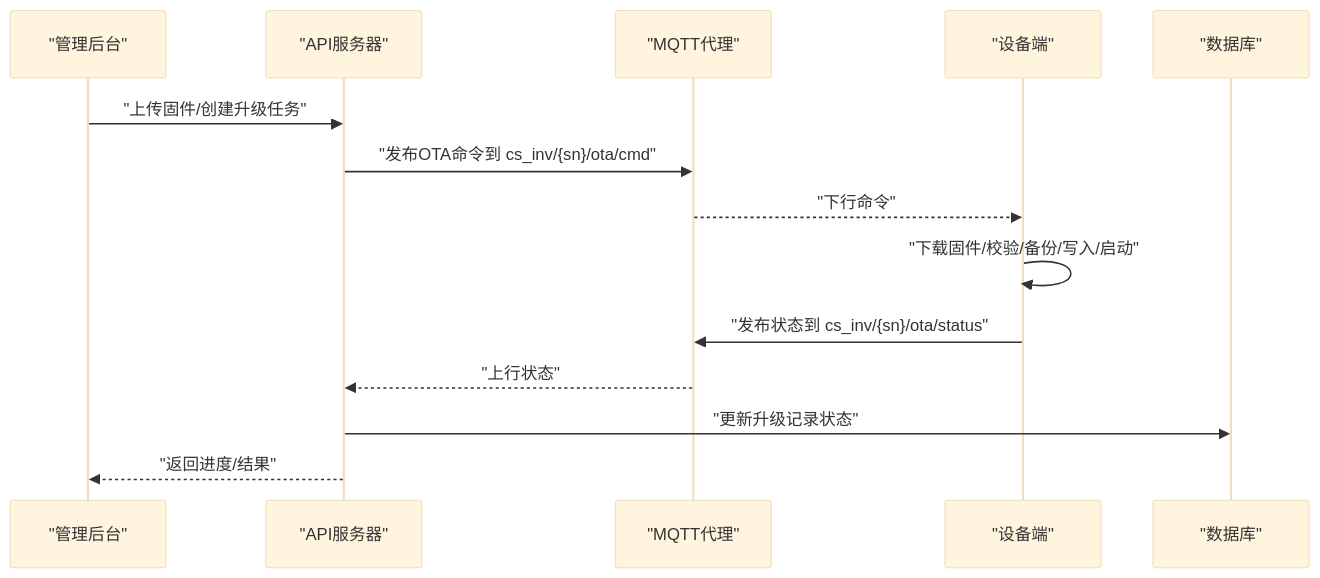
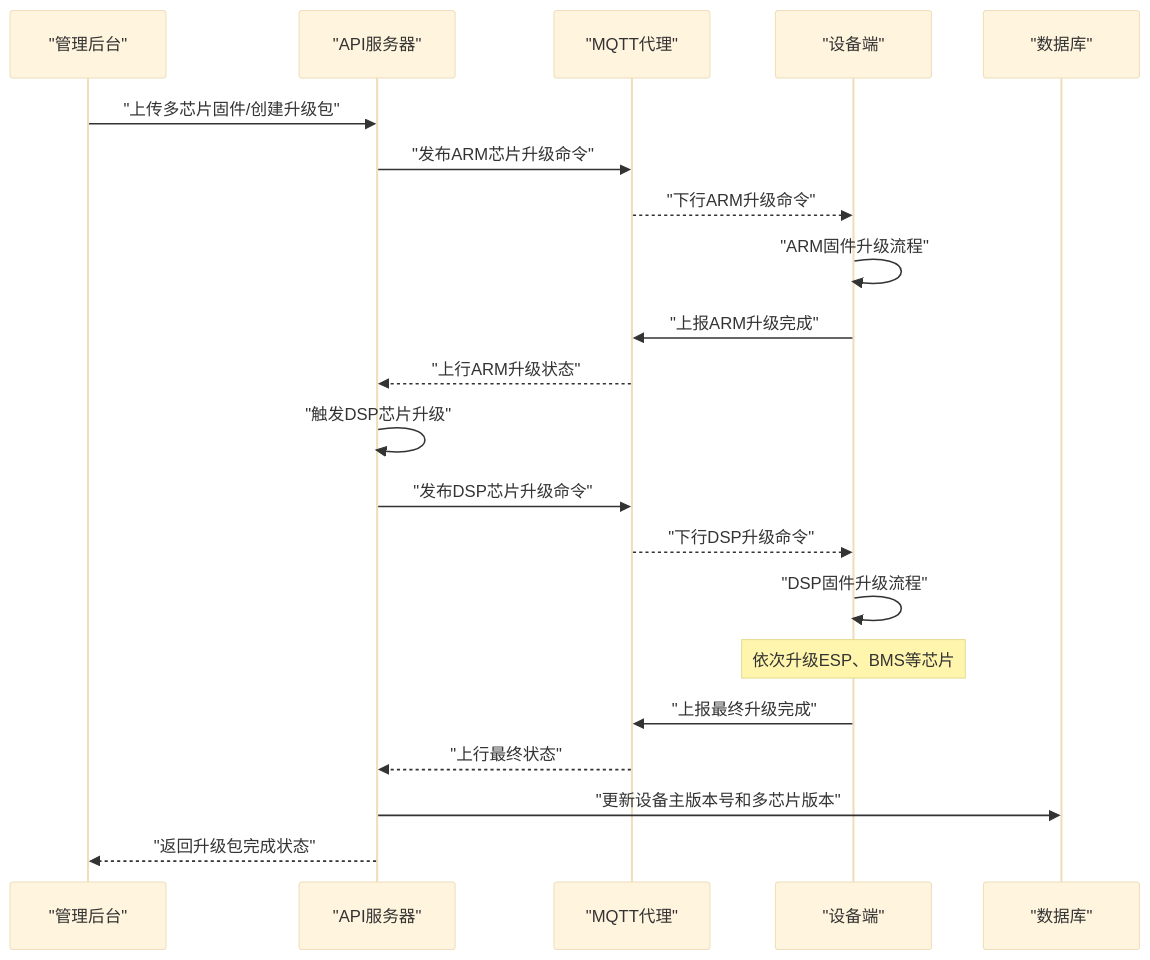
The second of 8 diagrams in .qoder/repowiki/zh/content/OTA升级系统/设备端OTA程序.md (mcmrzy/cs_inv_monitor-develop), drawn with Mermaid (base theme) before and after one commit. The commit also changed other lines of this file and 12 other files, not shown here.

````diff
--- a/.qoder/repowiki/zh/content/OTA升级系统/设备端OTA程序.md
+++ b/.qoder/repowiki/zh/content/OTA升级系统/设备端OTA程序.md
@@ -94,16 +112,23 @@
 ```mermaid
 sequenceDiagram
 participant Admin as "管理后台"
 participant API as "API服务器"
 participant Broker as "MQTT代理"
 participant Device as "设备端"
 participant Store as "数据库"
-Admin->>API : "上传固件/创建升级任务"
-API->>Broker : "发布OTA命令到 cs_inv/{sn}/ota/cmd"
-Broker-->>Device : "下行命令"
-Device->>Device : "下载固件/校验/备份/写入/启动"
-Device->>Broker : "发布状态到 cs_inv/{sn}/ota/status"
-Broker-->>API : "上行状态"
-API->>Store : "更新升级记录状态"
-API-->>Admin : "返回进度/结果"
+Admin->>API : "上传多芯片固件/创建升级包"
+API->>Broker : "发布ARM芯片升级命令"
+Broker-->>Device : "下行ARM升级命令"
+Device->>Device : "ARM固件升级流程"
+Device->>Broker : "上报ARM升级完成"
+Broker-->>API : "上行ARM升级状态"
+API->>API : "触发DSP芯片升级"
+API->>Broker : "发布DSP芯片升级命令"
+Broker-->>Device : "下行DSP升级命令"
+Device->>Device : "DSP固件升级流程"
+Note over Device : 依次升级ESP、BMS等芯片
+Device->>Broker : "上报最终升级完成"
+Broker-->>API : "上行最终状态"
+API->>Store : "更新设备主版本号和多芯片版本"
+API-->>Admin : "返回升级包完成状态"
 ```
````
